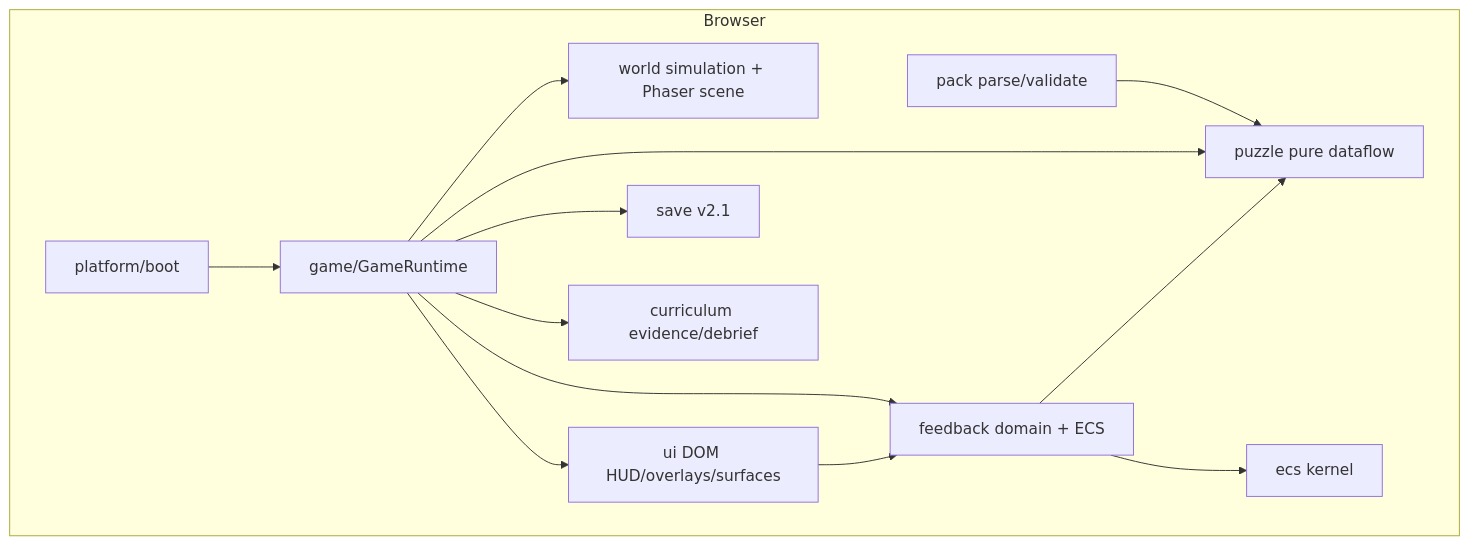
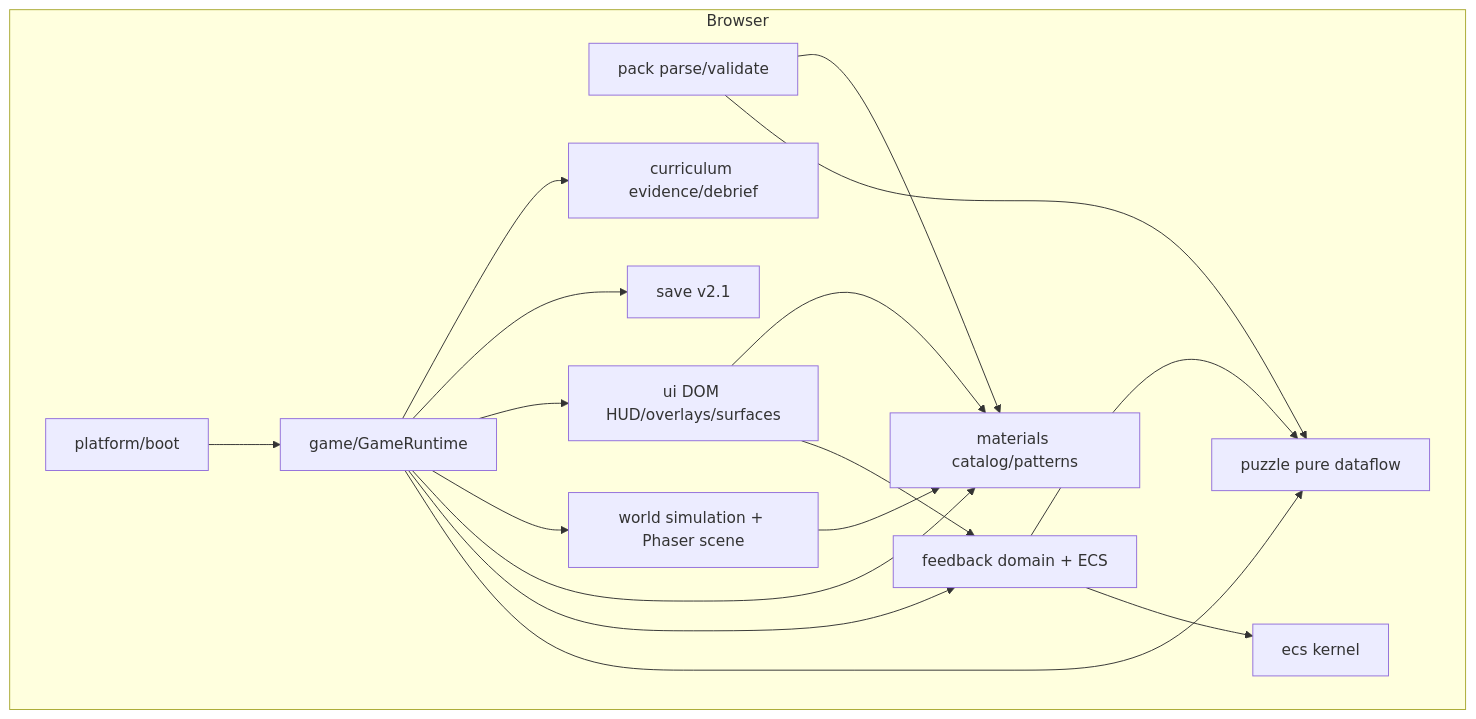
Before and after one commit to Snorre98/shrinkonauts: the second of 10 diagrams in docs/puzzle-engine/architecture.md, drawn with Mermaid. The commit also changed other lines of this file and 74 other files, not shown here.

````diff
--- a/docs/puzzle-engine/architecture.md
+++ b/docs/puzzle-engine/architecture.md
@@ -151,26 +155,31 @@
 ```mermaid
 flowchart TB
     subgraph Browser
         Platform[platform/boot]
         Game[game/GameRuntime]
         World[world simulation + Phaser scene]
         UI[ui DOM HUD/overlays/surfaces]
         Feedback[feedback domain + ECS]
         Ecs[ecs kernel]
         Puzzle[puzzle pure dataflow]
         Pack[pack parse/validate]
+        Materials[materials catalog/patterns]
         Curriculum[curriculum evidence/debrief]
         Save[save v2.1]
     end
     Pack --> Puzzle
+    Pack --> Materials
     Game --> Puzzle
     Game --> Feedback
+    Game --> Materials
     Feedback --> Ecs
     Feedback --> Puzzle
     Game --> World
     Game --> UI
     UI --> Feedback
+    UI --> Materials
+    World --> Materials
     Game --> Save
     Game --> Curriculum
     Platform --> Game
 ```
````
